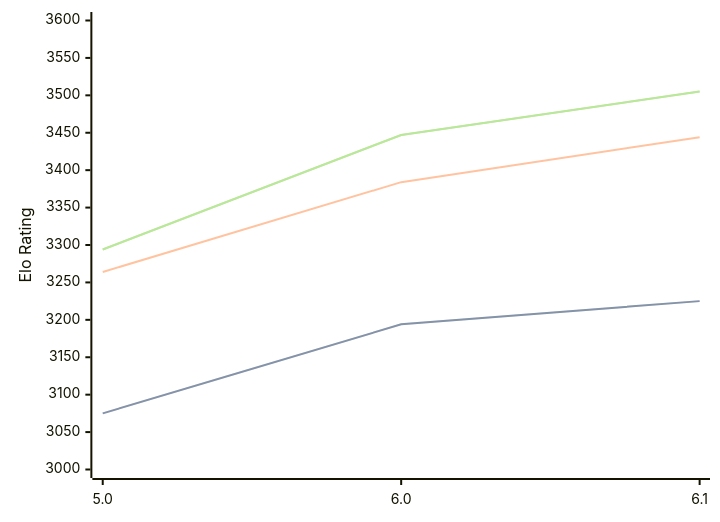
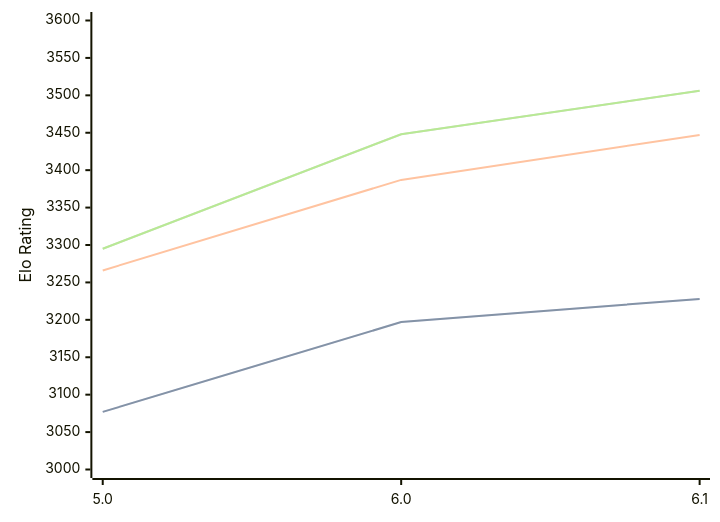
One commit to computer-chess-index/cci changed the diagram in engines/PZChessBot.md. Above: the diagram before and after it, drawn with Mermaid. The commit also changed other lines of this file, not shown here.

Commit message:
Update CCI Ratings (ELO VLTC) - 2026-04-11

````diff
--- a/engines/PZChessBot.md
+++ b/engines/PZChessBot.md
@@ -42,11 +42,11 @@
 ```mermaid
 %%{init: {"theme":"base","themeVariables":{"seriesColors:['#a3a3a3','#222221','#faa371']}}}%%
 xychart-beta
   x-axis ["5.0", "6.0", "6.1"]
   y-axis "Elo Rating" 3000 --> 3600
-  line "STC (8.0+0.08s)" [3075, 3194, 3225]
-  line "STC (8.0+0.08s)" [3075, 3194, 3225]
-  line "LTC (60.0+0.60s)" [3264, 3384, 3444]
-  line "VLTC (2m24s+1.12s)" [3294, 3447, 3505]
-  line "VLTC (2m24s+1.12s)" [3294, 3447, 3505]
+  line "STC (8.0+0.08s)" [3077, 3197, 3228]
+  line "STC (8.0+0.08s)" [3077, 3197, 3228]
+  line "LTC (60.0+0.60s)" [3266, 3387, 3447]
+  line "VLTC (2m24s+1.12s)" [3295, 3448, 3506]
+  line "VLTC (2m24s+1.12s)" [3295, 3448, 3506]
 ```
````
